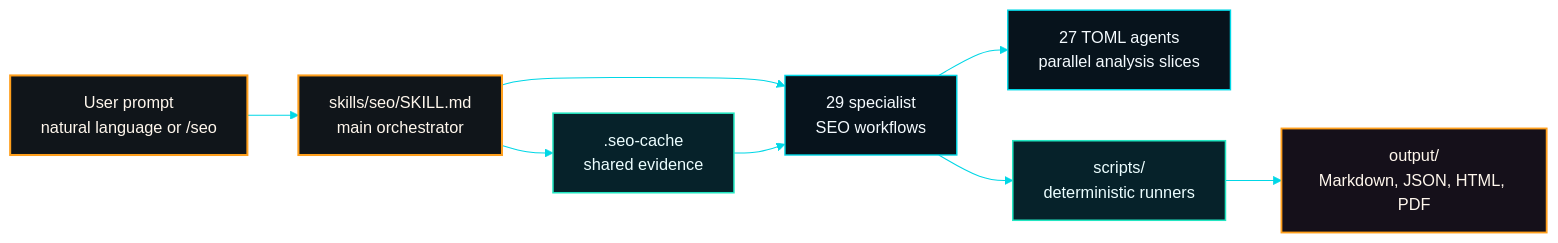
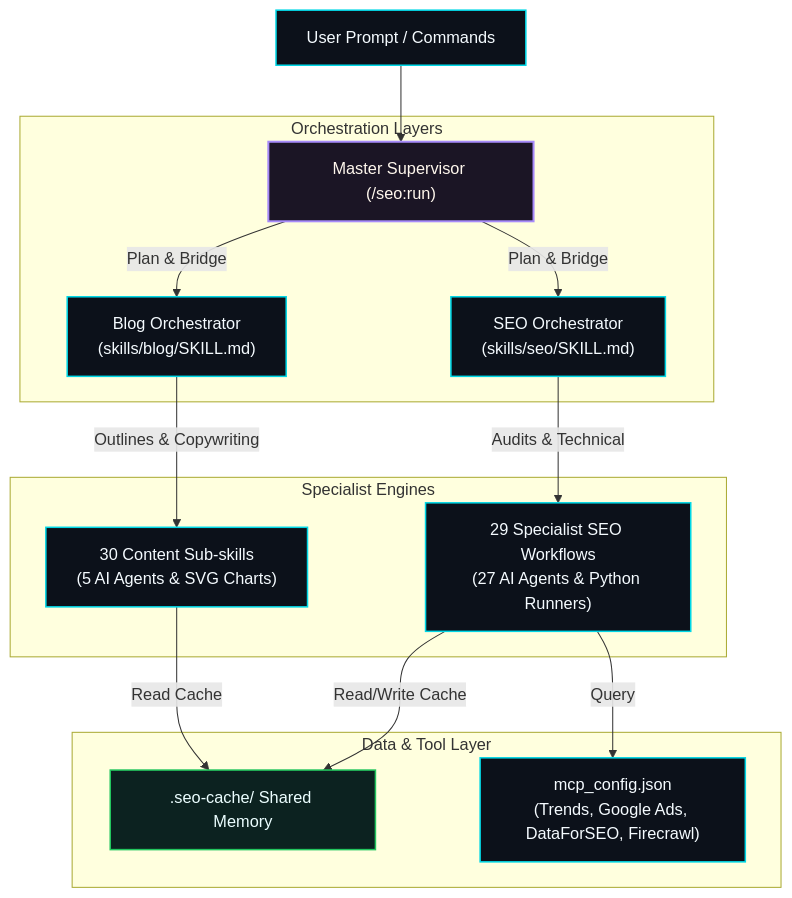
Before and after one commit to dotusmanali/antigravity-seo: the diagram in README.md, drawn with Mermaid. The commit also changed other lines of this file, not shown here.

Commit message:
docs: rewrite README.md with comprehensive guides for /seo:run, visual charts, and cache TTL

````diff
--- a/README.md
+++ b/README.md
@@ -104,18 +22,28 @@
 ```mermaid
-%%{init: {"theme":"base","themeVariables":{"background":"#05080d","primaryColor":"#07131c","primaryTextColor":"#f5fbff","primaryBorderColor":"#00d7e6","lineColor":"#00d7e6","secondaryColor":"#06222a","tertiaryColor":"#ff9f1c","edgeLabelBackground":"#05080d","fontFamily":"Inter, ui-sans-serif, system-ui, sans-serif"}}}%%
-flowchart LR
-  user["User prompt<br/>natural language or /seo"] --> orchestrator["skills/seo/SKILL.md<br/>main orchestrator"]
-  orchestrator --> cache[".seo-cache<br/>shared evidence"]
-  orchestrator --> skills["29 specialist<br/>SEO workflows"]
-  skills --> agents["27 TOML agents<br/>parallel analysis slices"]
-  skills --> scripts["scripts/<br/>deterministic runners"]
-  scripts --> output["output/<br/>Markdown, JSON, HTML, PDF"]
-  cache --> skills
-  class user,orchestrator accent
-  class cache,scripts data
-  class output output
-  classDef default fill:#07131c,stroke:#00d7e6,color:#f5fbff,stroke-width:1.4px
-  classDef accent fill:#10151a,stroke:#ff9f1c,color:#fff7ed,stroke-width:2px
-  classDef data fill:#06222a,stroke:#21e6c1,color:#ecfeff,stroke-width:1.5px
-  classDef output fill:#15101a,stroke:#ff9f1c,color:#fff7ed,stroke-width:1.8px
+flowchart TB
+    User["User Prompt / Commands"] --> Supervisor["Master Supervisor (/seo:run)"]
+    
+    subgraph Orchestration Layers
+        Supervisor -->|Plan & Bridge| SEO["SEO Orchestrator<br/>(skills/seo/SKILL.md)"]
+        Supervisor -->|Plan & Bridge| Blog["Blog Orchestrator<br/>(skills/blog/SKILL.md)"]
+    end
+
+    subgraph Specialist Engines
+        SEO -->|Audits & Technical| SEOSkills["29 Specialist SEO Workflows<br/>(27 AI Agents & Python Runners)"]
+        Blog -->|Outlines & Copywriting| BlogSkills["30 Content Sub-skills<br/>(5 AI Agents & SVG Charts)"]
+    end
+
+    subgraph Data & Tool Layer
+        SEOSkills -->|Read/Write Cache| Cache[".seo-cache/ Shared Memory"]
+        BlogSkills -->|Read Cache| Cache
+        SEOSkills -->|Query| MCPServers["mcp_config.json<br/>(Trends, Google Ads, DataForSEO, Firecrawl)"]
+    end
+    
+    classDef main fill:#0c111a,stroke:#00d7e6,color:#f5fbff,stroke-width:1.5px;
+    classDef supervisor fill:#1b1525,stroke:#a78bfa,color:#fff7ed,stroke-width:2px;
+    classDef cache fill:#0c2220,stroke:#22c55e,color:#ecfeff,stroke-width:1.5px;
+    class User main;
+    class SEO,Blog,SEOSkills,BlogSkills,MCPServers main;
+    class Supervisor supervisor;
+    class Cache cache;
 ```
````
